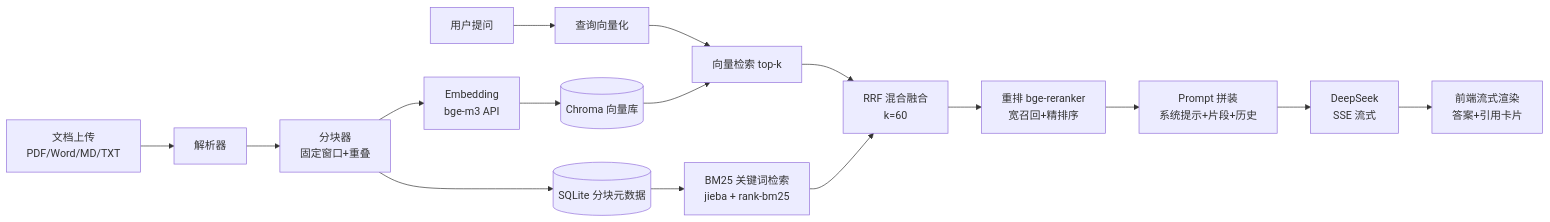
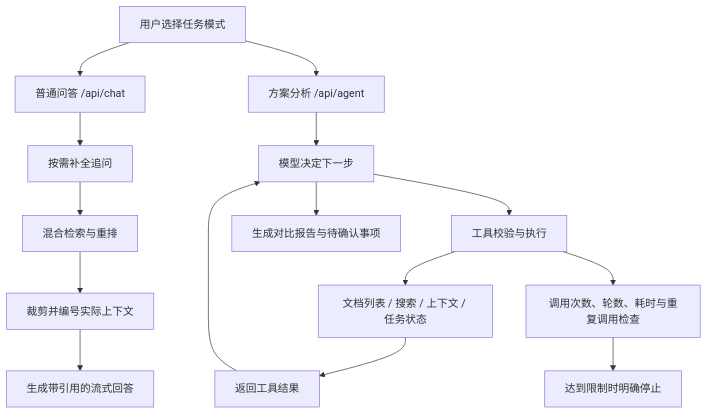
The diagram in README.md (Maple-in-rain/docmind), drawn with Mermaid before and after one commit. The commit also changed other lines of this file, not shown here.

First line of the commit message:
docs: present RAG and agent workflows in README

````diff
--- a/README.md
+++ b/README.md
@@ -71,19 +44,19 @@
 ```mermaid
-flowchart LR
-    A[文档上传<br>PDF/Word/MD/TXT] --> B[解析器]
-    B --> C[分块器<br>固定窗口+重叠]
-    C --> D[Embedding<br>bge-m3 API]
-    D --> E[(Chroma 向量库)]
-    C --> F[(SQLite 分块元数据)]
+flowchart TD
+    U[用户选择任务模式]
+    U --> R[普通问答 /api/chat]
+    R --> Q[按需补全追问]
+    Q --> S[混合检索与重排]
+    S --> C[裁剪并编号实际上下文]
+    C --> G[生成带引用的流式回答]
 
-    G[用户提问] --> H[查询向量化]
-    H --> I[向量检索 top-k]
-    F --> M[BM25 关键词检索<br>jieba + rank-bm25]
-    I --> N[RRF 混合融合<br>k=60]
-    M --> N
-    E --> I
-    N --> O[重排 bge-reranker<br>宽召回+精排序]
-    O --> J[Prompt 拼装<br>系统提示+片段+历史]
-    J --> K[DeepSeek<br>SSE 流式]
-    K --> L[前端流式渲染<br>答案+引用卡片]
+    U --> A[方案分析 /api/agent]
+    A --> M[模型决定下一步]
+    M --> T[工具校验与执行]
+    T --> D[文档列表 / 搜索 / 上下文 / 任务状态]
+    D --> O[返回工具结果]
+    O --> M
+    M --> F[生成对比报告与待确认事项]
+    T --> B[调用次数、轮数、耗时与重复调用检查]
+    B --> E[达到限制时明确停止]
 ```
````
